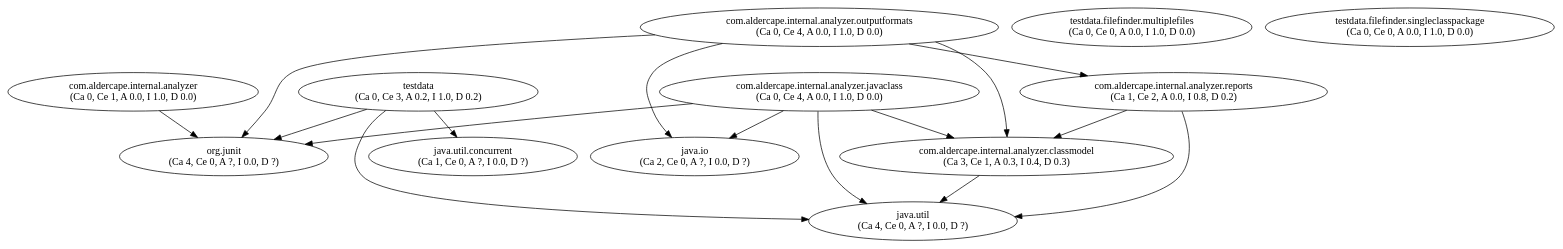
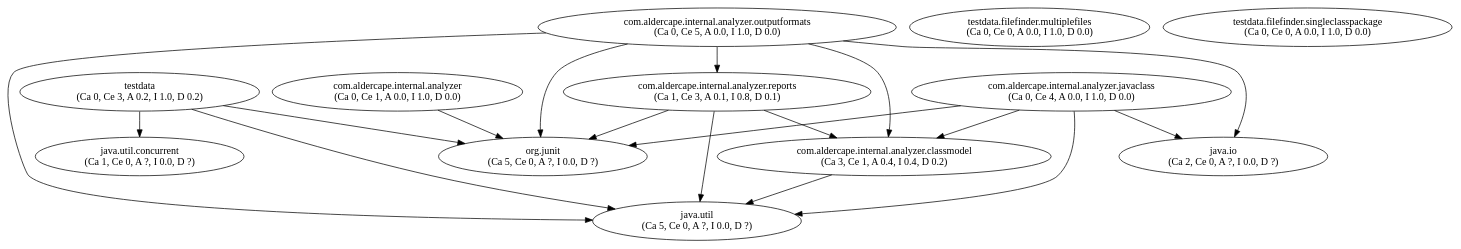
One commit to AlderCape/Analyzer changed the diagram in project.dot. Above: the diagram before and after it, drawn with Graphviz. The commit also changed 15 other files, not shown here.

```diff
--- a/project.dot
+++ b/project.dot
@@ -1,29 +1,31 @@
 digraph G {
 "com.aldercape.internal.analyzer" [label="com.aldercape.internal.analyzer\n(Ca 0, Ce 1, A 0.0, I 1.0, D 0.0)"];
-"com.aldercape.internal.analyzer.classmodel" [label="com.aldercape.internal.analyzer.classmodel\n(Ca 3, Ce 1, A 0.3, I 0.4, D 0.3)"];
+"com.aldercape.internal.analyzer.classmodel" [label="com.aldercape.internal.analyzer.classmodel\n(Ca 3, Ce 1, A 0.4, I 0.4, D 0.2)"];
 "com.aldercape.internal.analyzer.javaclass" [label="com.aldercape.internal.analyzer.javaclass\n(Ca 0, Ce 4, A 0.0, I 1.0, D 0.0)"];
-"com.aldercape.internal.analyzer.outputformats" [label="com.aldercape.internal.analyzer.outputformats\n(Ca 0, Ce 4, A 0.0, I 1.0, D 0.0)"];
-"com.aldercape.internal.analyzer.reports" [label="com.aldercape.internal.analyzer.reports\n(Ca 1, Ce 2, A 0.0, I 0.8, D 0.2)"];
+"com.aldercape.internal.analyzer.outputformats" [label="com.aldercape.internal.analyzer.outputformats\n(Ca 0, Ce 5, A 0.0, I 1.0, D 0.0)"];
+"com.aldercape.internal.analyzer.reports" [label="com.aldercape.internal.analyzer.reports\n(Ca 1, Ce 3, A 0.1, I 0.8, D 0.1)"];
 "java.io" [label="java.io\n(Ca 2, Ce 0, A ?, I 0.0, D ?)"];
-"java.util" [label="java.util\n(Ca 4, Ce 0, A ?, I 0.0, D ?)"];
+"java.util" [label="java.util\n(Ca 5, Ce 0, A ?, I 0.0, D ?)"];
 "java.util.concurrent" [label="java.util.concurrent\n(Ca 1, Ce 0, A ?, I 0.0, D ?)"];
-"org.junit" [label="org.junit\n(Ca 4, Ce 0, A ?, I 0.0, D ?)"];
+"org.junit" [label="org.junit\n(Ca 5, Ce 0, A ?, I 0.0, D ?)"];
 "testdata" [label="testdata\n(Ca 0, Ce 3, A 0.2, I 1.0, D 0.2)"];
 "testdata.filefinder.multiplefiles" [label="testdata.filefinder.multiplefiles\n(Ca 0, Ce 0, A 0.0, I 1.0, D 0.0)"];
 "testdata.filefinder.singleclasspackage" [label="testdata.filefinder.singleclasspackage\n(Ca 0, Ce 0, A 0.0, I 1.0, D 0.0)"];
 "com.aldercape.internal.analyzer" -> "org.junit";
 "com.aldercape.internal.analyzer.classmodel" -> "java.util";
 "com.aldercape.internal.analyzer.javaclass" -> "com.aldercape.internal.analyzer.classmodel";
 "com.aldercape.internal.analyzer.javaclass" -> "java.io";
 "com.aldercape.internal.analyzer.javaclass" -> "java.util";
 "com.aldercape.internal.analyzer.javaclass" -> "org.junit";
 "com.aldercape.internal.analyzer.outputformats" -> "com.aldercape.internal.analyzer.classmodel";
 "com.aldercape.internal.analyzer.outputformats" -> "com.aldercape.internal.analyzer.reports";
 "com.aldercape.internal.analyzer.outputformats" -> "java.io";
+"com.aldercape.internal.analyzer.outputformats" -> "java.util";
 "com.aldercape.internal.analyzer.outputformats" -> "org.junit";
 "com.aldercape.internal.analyzer.reports" -> "com.aldercape.internal.analyzer.classmodel";
 "com.aldercape.internal.analyzer.reports" -> "java.util";
+"com.aldercape.internal.analyzer.reports" -> "org.junit";
 "testdata" -> "java.util";
 "testdata" -> "java.util.concurrent";
 "testdata" -> "org.junit";
 }
```
